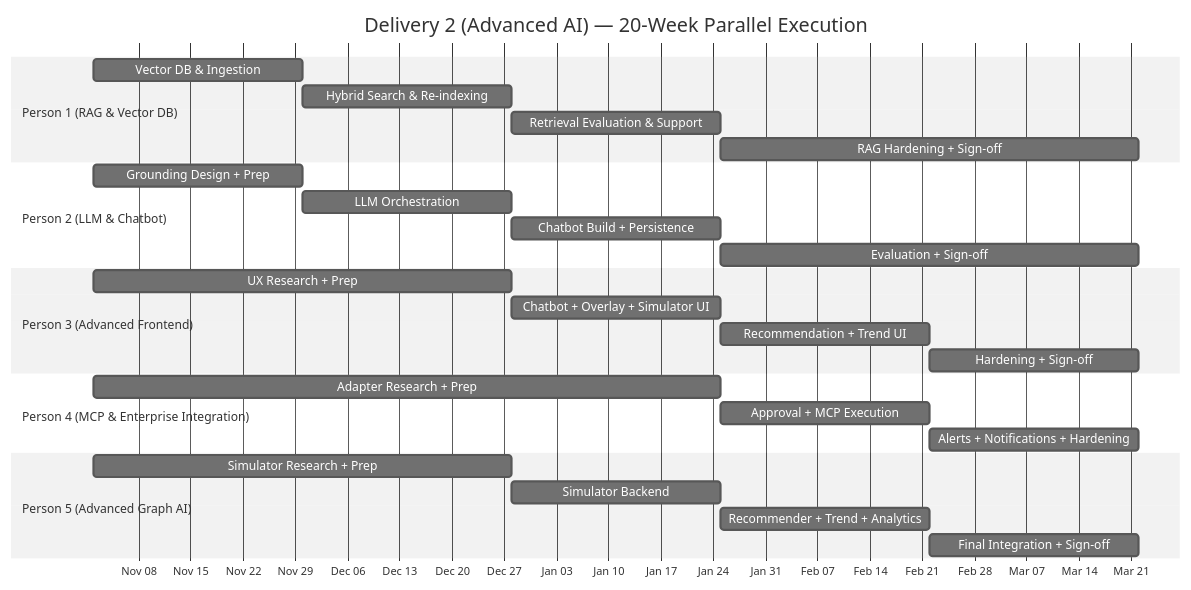
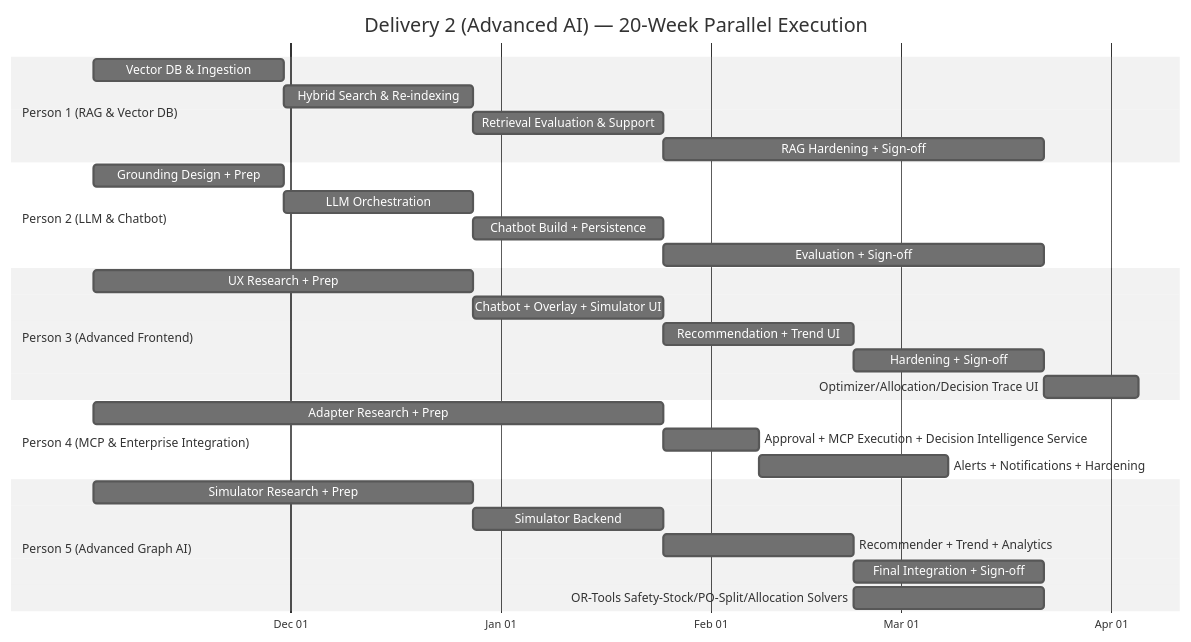
One commit to murali-ftw/ChainPilot changed the sixth of 7 diagrams in docs/team_plan.md. Above: the diagram before and after it, drawn with Mermaid (neutral theme). The commit also changed other lines of this file and 17 other files, not shown here.

````diff
--- a/docs/team_plan.md
+++ b/docs/team_plan.md
@@ -1147,35 +1253,37 @@
 ```mermaid
 gantt
     dateFormat  YYYY-MM-DD
     axisFormat  %b %d
     title Delivery 2 (Advanced AI) — 20-Week Parallel Execution
 
     section Person 1 (RAG & Vector DB)
     Vector DB & Ingestion       :d1a, 2026-11-02, 28d
     Hybrid Search & Re-indexing :d1b, after d1a, 28d
     Retrieval Evaluation & Support :d1c, after d1b, 28d
     RAG Hardening + Sign-off    :d1d, after d1c, 56d
 
     section Person 2 (LLM & Chatbot)
     Grounding Design + Prep     :d2a, 2026-11-02, 28d
     LLM Orchestration           :d2b, after d2a, 28d
     Chatbot Build + Persistence :d2c, after d2b, 28d
     Evaluation + Sign-off       :d2d, after d2c, 56d
 
     section Person 3 (Advanced Frontend)
     UX Research + Prep          :d3a, 2026-11-02, 56d
     Chatbot + Overlay + Simulator UI :d3b, after d3a, 28d
     Recommendation + Trend UI   :d3c, after d3b, 28d
     Hardening + Sign-off        :d3d, after d3c, 28d
+    Optimizer/Allocation/Decision Trace UI :d3e, after d3d, 14d
 
     section Person 4 (MCP & Enterprise Integration)
     Adapter Research + Prep     :d4a, 2026-11-02, 84d
-    Approval + MCP Execution    :d4b, after d4a, 28d
+    Approval + MCP Execution + Decision Intelligence Service :d4b, after d4a, 14d
     Alerts + Notifications + Hardening :d4c, after d4b, 28d
 
     section Person 5 (Advanced Graph AI)
     Simulator Research + Prep   :d5a, 2026-11-02, 56d
     Simulator Backend           :d5b, after d5a, 28d
     Recommender + Trend + Analytics :d5c, after d5b, 28d
     Final Integration + Sign-off :d5d, after d5c, 28d
+    OR-Tools Safety-Stock/PO-Split/Allocation Solvers :d5e, after d5c, 28d
 ```
````
